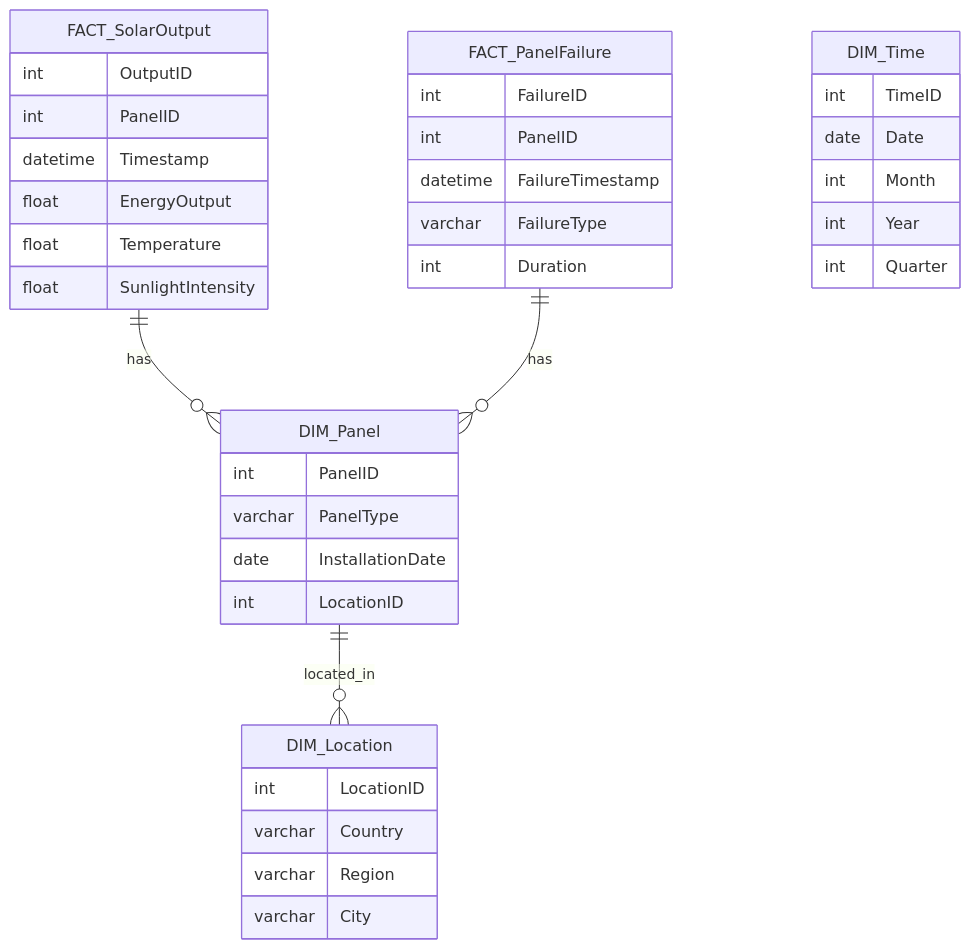
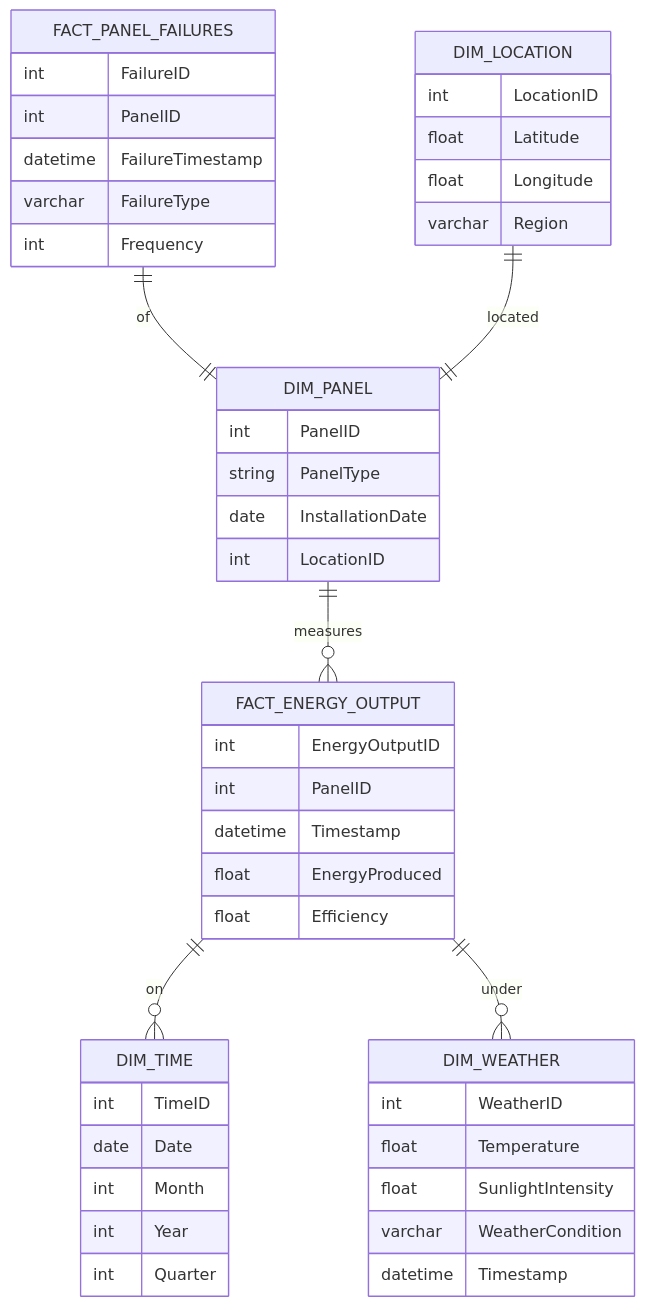
The diagram in docs/data_model.md (selin-k/bi_report_project), drawn with Mermaid before and after one commit. The commit also changed other lines of this file and 4 other files, not shown here.

````diff
--- a/docs/data_model.md
+++ b/docs/data_model.md
@@ -25,40 +26,48 @@
 ```mermaid
-    erDiagram
-        FACT_SolarOutput ||--o{ DIM_Panel : has
-        FACT_SolarOutput {
-            int OutputID
-            int PanelID
-            datetime Timestamp
-            float EnergyOutput
-            float Temperature
-            float SunlightIntensity
-        }
-        FACT_PanelFailure ||--o{ DIM_Panel : has
-        FACT_PanelFailure {
-            int FailureID
-            int PanelID
-            datetime FailureTimestamp
-            varchar FailureType
-            int Duration
-        }
-        DIM_Panel ||--o{ DIM_Location : located_in
-        DIM_Panel {
-            int PanelID
-            varchar PanelType
-            date InstallationDate
-            int LocationID
-        }
-        DIM_Location {
-            int LocationID
-            varchar Country
-            varchar Region
-            varchar City
-        }
-        DIM_Time {
-            int TimeID
-            date Date
-            int Month
-            int Year
-            int Quarter
-        }
+erDiagram
+    DIM_PANEL ||--o{ FACT_ENERGY_OUTPUT : measures
+    DIM_PANEL {
+        int PanelID
+        string PanelType
+        date InstallationDate
+        int LocationID
+    }
+    FACT_ENERGY_OUTPUT ||--o{ DIM_TIME : on
+    FACT_ENERGY_OUTPUT ||--o{ DIM_WEATHER : under
+    FACT_ENERGY_OUTPUT {
+        int EnergyOutputID
+        int PanelID
+        datetime Timestamp
+        float EnergyProduced
+        float Efficiency
+    }
+    DIM_TIME {
+        int TimeID
+        date Date
+        int Month
+        int Year
+        int Quarter
+    }
+    DIM_WEATHER {
+        int WeatherID
+        float Temperature
+        float SunlightIntensity
+        varchar WeatherCondition
+        datetime Timestamp
+    }
+    FACT_PANEL_FAILURES ||--|| DIM_PANEL : of
+    FACT_PANEL_FAILURES {
+        int FailureID
+        int PanelID
+        datetime FailureTimestamp
+        varchar FailureType
+        int Frequency
+    }
+    DIM_LOCATION ||--|| DIM_PANEL : located
+    DIM_LOCATION {
+        int LocationID
+        float Latitude
+        float Longitude
+        varchar Region
+    }
 ```
````
